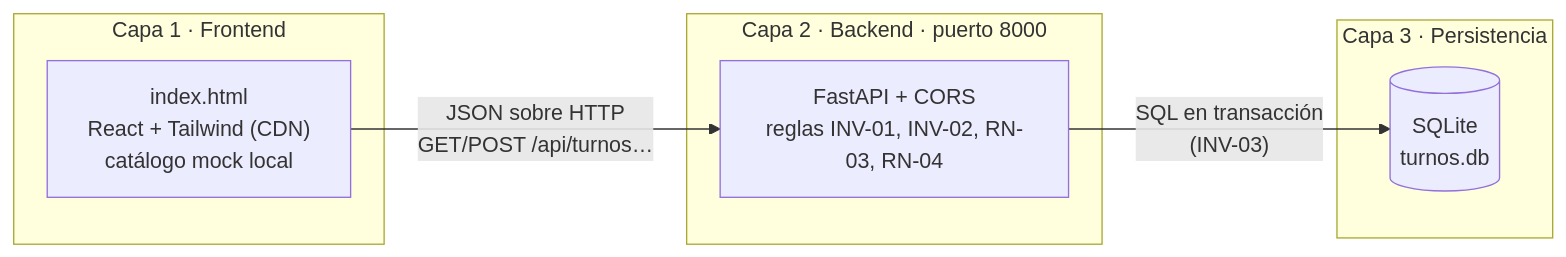
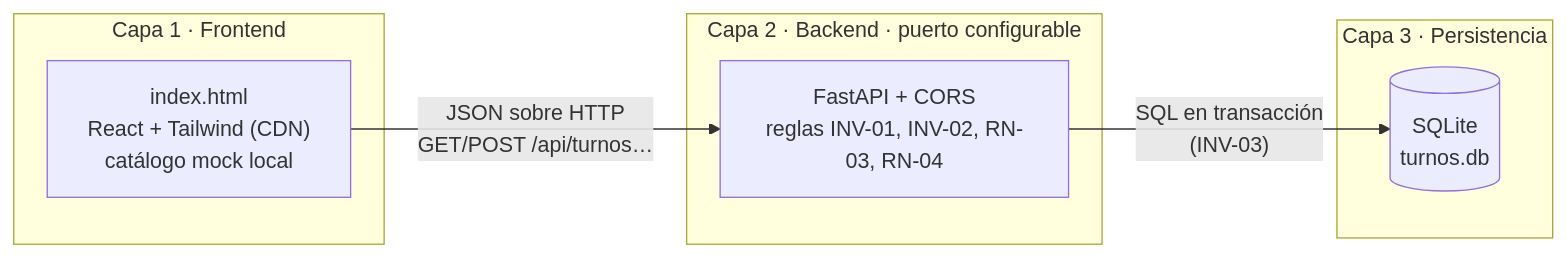
The first of 2 diagrams in plan.md (NicolasCopernico/turnos-prototipo-conceptual-mio), drawn with Mermaid before and after one commit. The commit also changed other lines of this file and 4 other files, not shown here.

First line of the commit message:
docs: puerto configurable, avance de la tarea B4 y uso de la rama backend

````diff
--- a/plan.md
+++ b/plan.md
@@ -33,14 +33,14 @@
 ```mermaid
 flowchart LR
     subgraph C1["Capa 1 · Frontend"]
         F["index.html<br/>React + Tailwind (CDN)<br/>catálogo mock local"]
     end
-    subgraph C2["Capa 2 · Backend · puerto 8000"]
+    subgraph C2["Capa 2 · Backend · puerto configurable"]
         A["FastAPI + CORS<br/>reglas INV-01, INV-02, RN-03, RN-04"]
     end
     subgraph C3["Capa 3 · Persistencia"]
         D[("SQLite<br/>turnos.db")]
     end
     F -- "JSON sobre HTTP<br/>GET/POST /api/turnos…" --> A
     A -- "SQL en transacción<br/>(INV-03)" --> D
 ```
````
